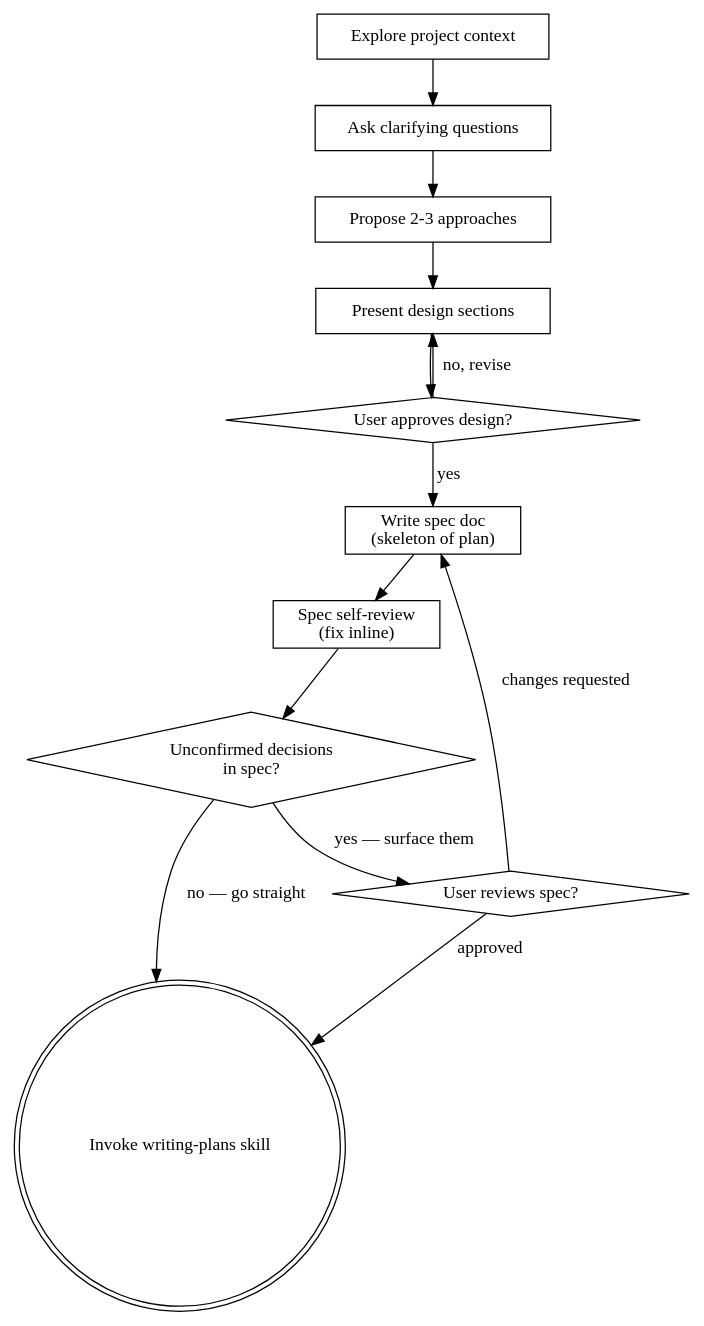
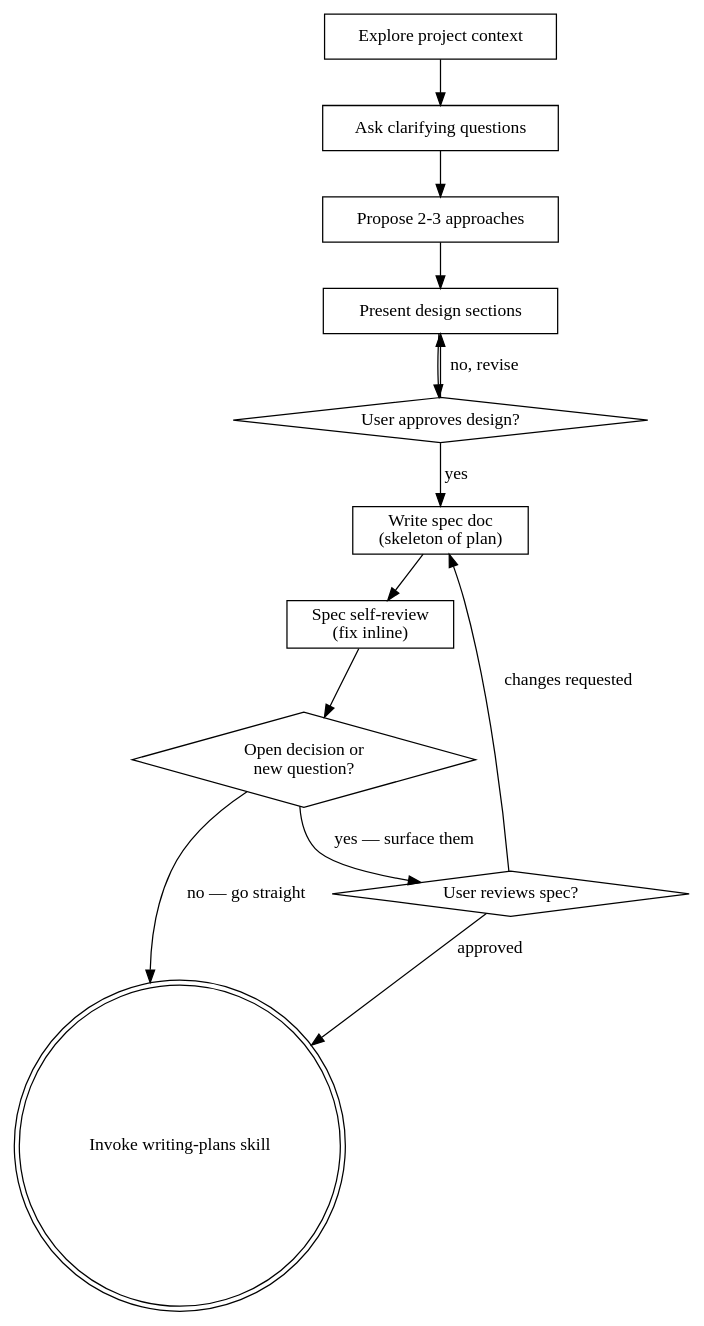
The diagram in superpowers-foodweb/skills/brainstorming/SKILL.md (FoodWeb-ROA/FoodWeb_AI_Plugins), drawn with Graphviz before and after one commit. The commit also changed other lines of this file and 3 other files, not shown here.

````diff
--- a/superpowers-foodweb/skills/brainstorming/SKILL.md
+++ b/superpowers-foodweb/skills/brainstorming/SKILL.md
@@ -35,27 +35,27 @@
 ```dot
 digraph brainstorming {
     "Explore project context" [shape=box];
     "Ask clarifying questions" [shape=box];
     "Propose 2-3 approaches" [shape=box];
     "Present design sections" [shape=box];
     "User approves design?" [shape=diamond];
     "Write spec doc\n(skeleton of plan)" [shape=box];
     "Spec self-review\n(fix inline)" [shape=box];
-    "Unconfirmed decisions\nin spec?" [shape=diamond];
+    "Open decision or\nnew question?" [shape=diamond];
     "User reviews spec?" [shape=diamond];
     "Invoke writing-plans skill" [shape=doublecircle];
 
     "Explore project context" -> "Ask clarifying questions";
     "Ask clarifying questions" -> "Propose 2-3 approaches";
     "Propose 2-3 approaches" -> "Present design sections";
     "Present design sections" -> "User approves design?";
     "User approves design?" -> "Present design sections" [label="no, revise"];
     "User approves design?" -> "Write spec doc\n(skeleton of plan)" [label="yes"];
     "Write spec doc\n(skeleton of plan)" -> "Spec self-review\n(fix inline)";
-    "Spec self-review\n(fix inline)" -> "Unconfirmed decisions\nin spec?";
-    "Unconfirmed decisions\nin spec?" -> "Invoke writing-plans skill" [label="no — go straight"];
-    "Unconfirmed decisions\nin spec?" -> "User reviews spec?" [label="yes — surface them"];
+    "Spec self-review\n(fix inline)" -> "Open decision or\nnew question?";
+    "Open decision or\nnew question?" -> "Invoke writing-plans skill" [label="no — go straight"];
+    "Open decision or\nnew question?" -> "User reviews spec?" [label="yes — surface them"];
     "User reviews spec?" -> "Write spec doc\n(skeleton of plan)" [label="changes requested"];
     "User reviews spec?" -> "Invoke writing-plans skill" [label="approved"];
 }
 ```
````
